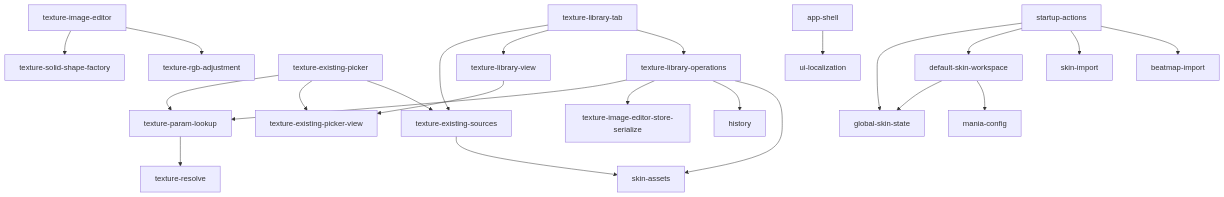
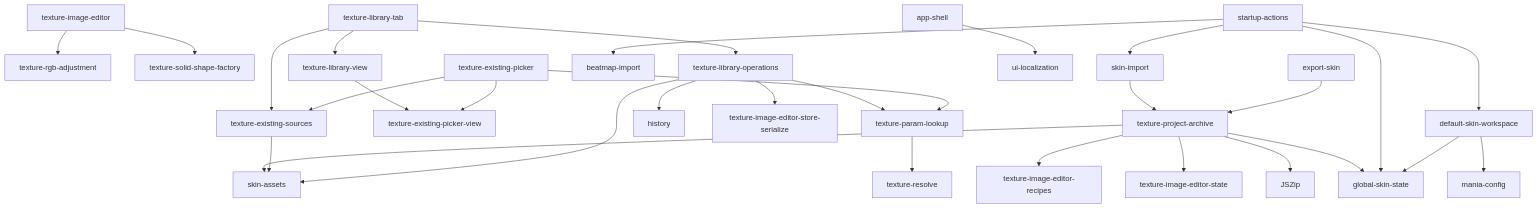
The diagram in docs/modules/MODULE-MAP.md (BJZM/osu-mania-skin-editor), drawn with Mermaid before and after one commit. The commit also changed other lines of this file and 17 other files, not shown here.

Commit message:
Add editable texture project export

````diff
--- a/docs/modules/MODULE-MAP.md
+++ b/docs/modules/MODULE-MAP.md
@@ -25,25 +26,32 @@
 ```mermaid
 graph TD
   editor[texture-image-editor] --> rgb[texture-rgb-adjustment]
   editor --> shape[texture-solid-shape-factory]
   existingPicker[texture-existing-picker] --> existingSources[texture-existing-sources]
   existingPicker --> existingPickerView[texture-existing-picker-view]
   existingPicker --> paramLookup[texture-param-lookup]
   libraryTab[texture-library-tab] --> libraryOps[texture-library-operations]
   libraryTab --> libraryView[texture-library-view]
   libraryTab --> existingSources
   libraryView --> existingPickerView
   libraryOps --> skinAssets
   libraryOps --> history
   libraryOps --> serialize[texture-image-editor-store-serialize]
   libraryOps --> paramLookup
   existingSources --> skinAssets[skin-assets]
   paramLookup --> textureResolve[texture-resolve]
   defaultWorkspace[default-skin-workspace] --> maniaConfig[mania-config]
   defaultWorkspace --> skinState[global-skin-state]
   startup[startup-actions] --> beatmapImport[beatmap-import]
   startup --> skinImport[skin-import]
   startup --> defaultWorkspace
   startup --> skinState
   shell[app-shell] --> localization[ui-localization]
+  projectArchive[texture-project-archive] --> skinAssets
+  projectArchive --> skinState
+  projectArchive --> recipes[texture-image-editor-recipes]
+  projectArchive --> editorState[texture-image-editor-state]
+  projectArchive --> jsZip[JSZip]
+  exportSkin[export-skin] --> projectArchive
+  skinImport --> projectArchive
 ```
````
